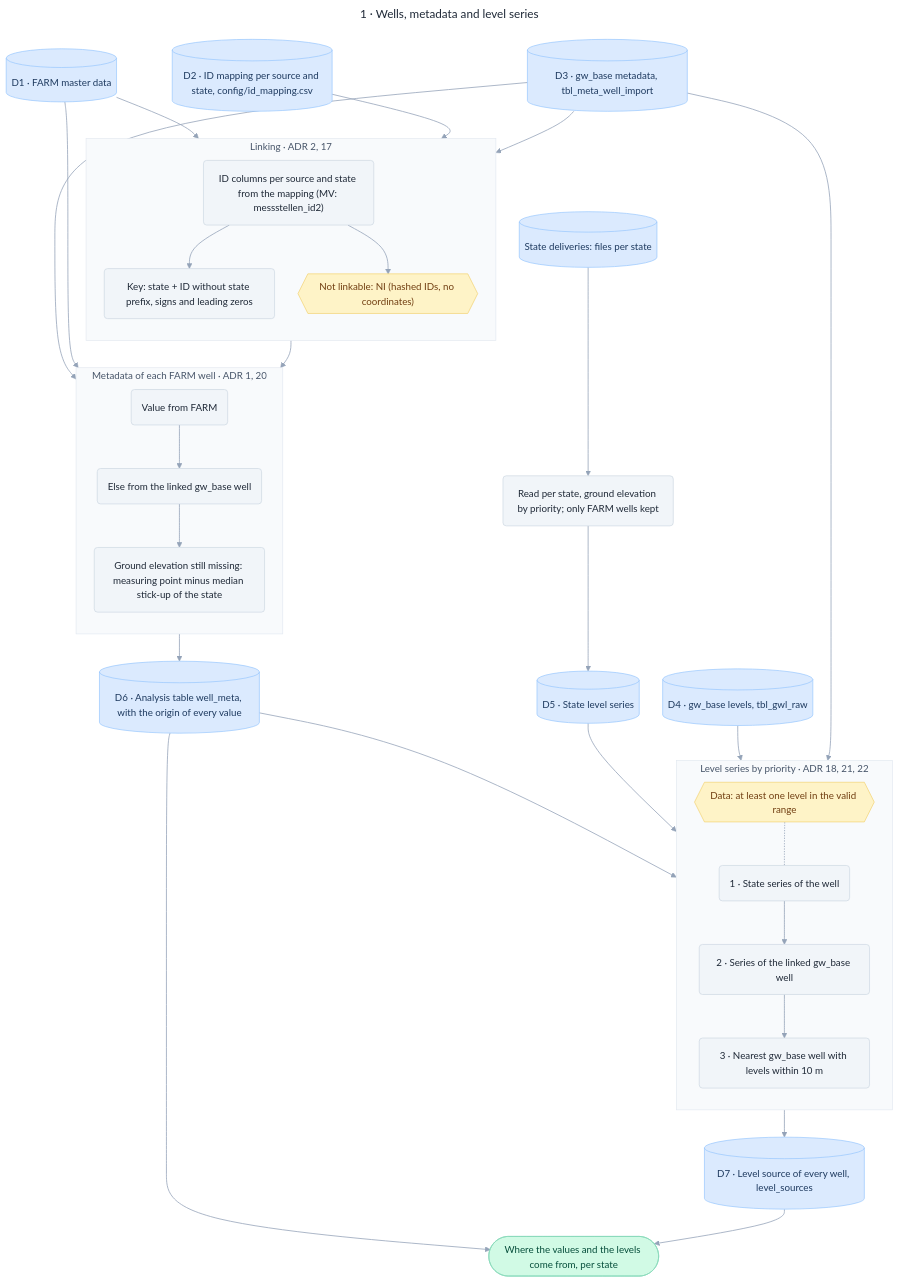
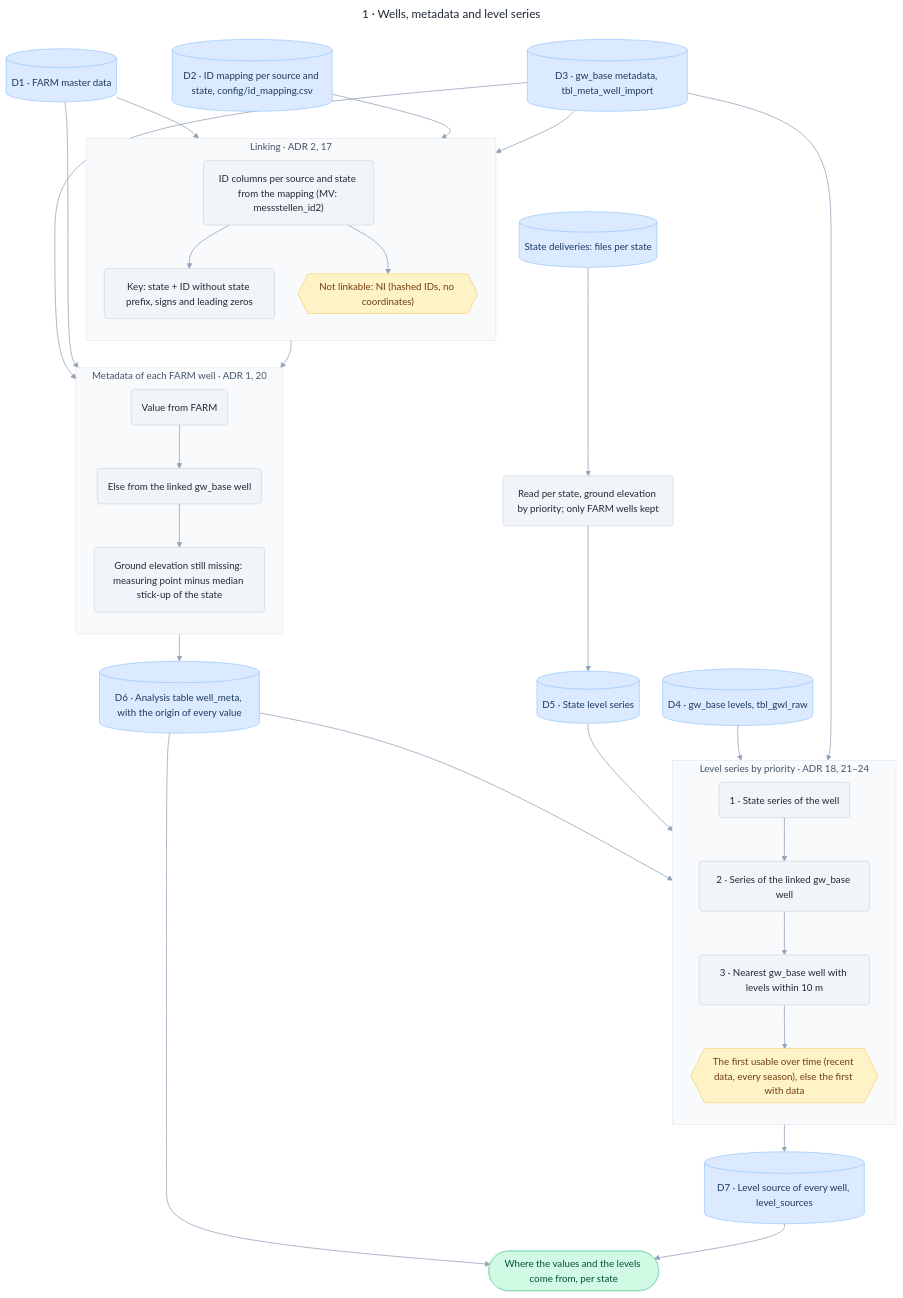
Before and after one commit to MxNl/groundwater_obswells: the diagram in docs/diagrams/wells_and_levels.mmd, drawn with Mermaid. The commit also changed 13 other files, not shown here.

First line of the commit message:
Level series chosen by usability, SH reader fixed, BY Nachlieferung

```diff
--- a/docs/diagrams/wells_and_levels.mmd
+++ b/docs/diagrams/wells_and_levels.mmd
@@ -1,80 +1,79 @@
 ---
 title: "1 · Wells, metadata and level series"
 config:
   theme: base
   themeVariables:
     fontFamily: Noto Sans Display
     fontSize: 15px
     primaryTextColor: "#1f2937"
     lineColor: "#94a3b8"
     clusterBkg: "#f8fafc"
     clusterBorder: "#e2e8f0"
     titleColor: "#475569"
   flowchart:
     wrappingWidth: 230
     padding: 16
     nodeSpacing: 36
     rankSpacing: 42
     curve: basis
 ---
 flowchart TB
   classDef data fill:#dbeafe,stroke:#93c5fd,stroke-width:1px,color:#1e3a5f
   classDef step fill:#f1f5f9,stroke:#cbd5e1,stroke-width:1px,color:#1f2937
   classDef rule fill:#fef3c7,stroke:#f2cf6b,stroke-width:1px,color:#713f12
   classDef out fill:#d1fae5,stroke:#86d9b9,stroke-width:1px,color:#064e3b
 
   farm[("D1 · FARM master data")]:::data
   map[("D2 · ID mapping per source and state, config/id_mapping.csv")]:::data
   gwmeta[("D3 · gw_base metadata, tbl_meta_well_import")]:::data
   gwl[("D4 · gw_base levels, tbl_gwl_raw")]:::data
   dl[("State deliveries: files per state")]:::data
   stb("Read per state, ground elevation by priority; only FARM wells kept"):::step
   st[("D5 · State level series")]:::data
   dl --> stb --> st
 
   subgraph link ["Linking · ADR 2, 17"]
     direction TB
     key("Key: state + ID without state prefix, signs and leading zeros"):::step
     cols("ID columns per source and state from the mapping (MV: messstellen_id2)"):::step
     none{{"Not linkable: NI (hashed IDs, no coordinates)"}}:::rule
     cols --> key
     cols --> none
   end
 
   subgraph fill ["Metadata of each FARM well · ADR 1, 20"]
     direction TB
     farmv("Value from FARM"):::step
     gwv("Else from the linked gw_base well"):::step
     mp("Ground elevation still missing: measuring point minus median stick-up of the state"):::step
     farmv --> gwv --> mp
   end
   meta[("D6 · Analysis table well_meta, with the origin of every value")]:::data
 
-  subgraph lev ["Level series by priority · ADR 18, 21, 22"]
+  subgraph lev ["Level series by priority · ADR 18, 21–24"]
     direction TB
     p1("1 · State series of the well"):::step
     p2("2 · Series of the linked gw_base well"):::step
     p3("3 · Nearest gw_base well with levels within 10 m"):::step
-    has{{"Data: at least one level in the valid range"}}:::rule
-    p1 --> p2 --> p3
-    has -.- p1
+    has{{"The first usable over time (recent data, every season), else the first with data"}}:::rule
+    p1 --> p2 --> p3 --> has
   end
   srcs[("D7 · Level source of every well, level_sources")]:::data
   o1(["Where the values and the levels come from, per state"]):::out
 
   farm --> cols
   map --> cols
   gwmeta --> key
   key --> farmv
   gwmeta --> gwv
   farm --> farmv
   mp --> meta
   meta --> p1
   st --> p1
   gwl --> p2
   gwmeta --> p3
-  p3 --> srcs
+  has --> srcs
   meta --> o1
   srcs --> o1
 
   linkStyle default stroke-width:1.2px
```
